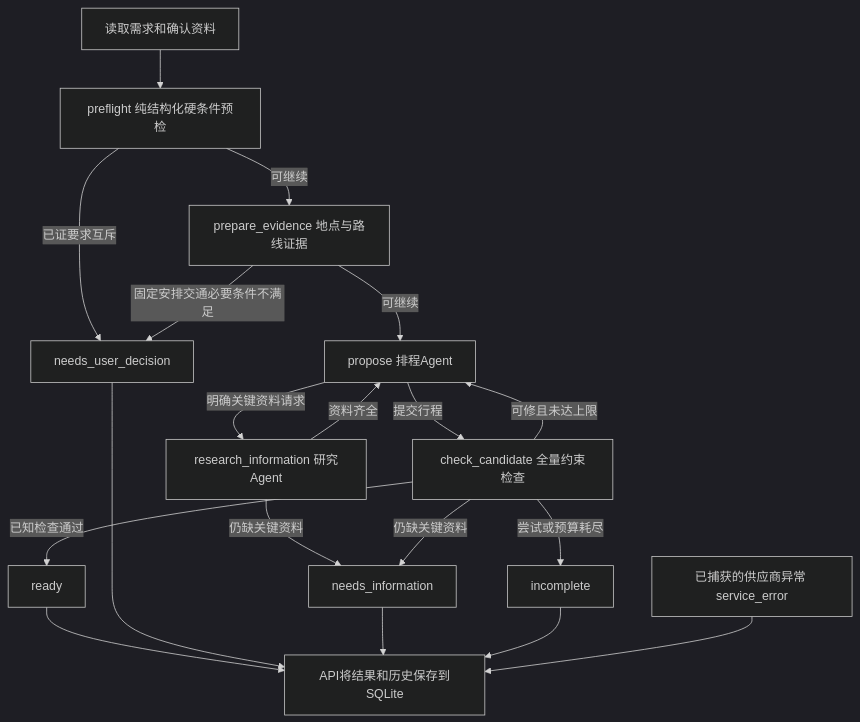
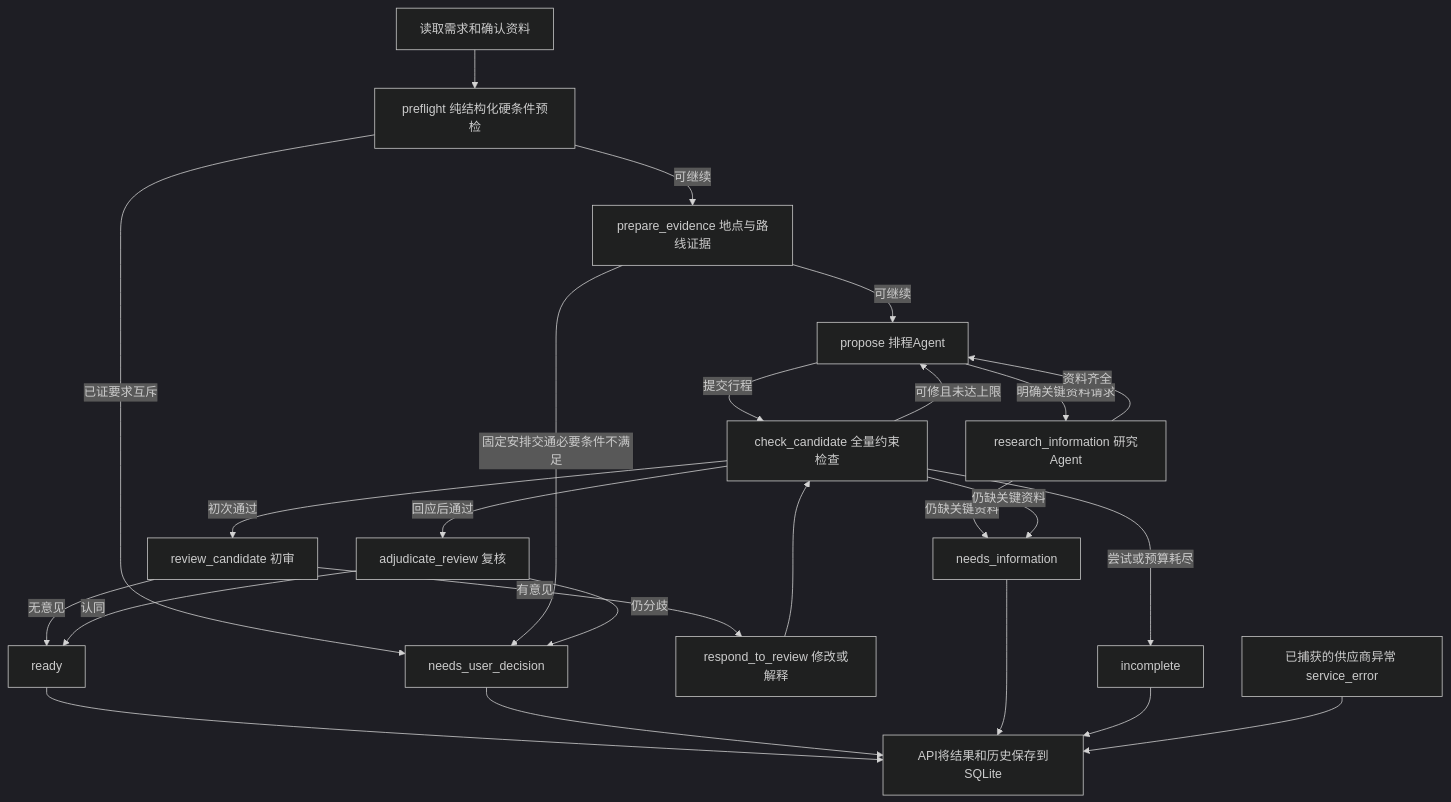
The diagram in docs/AGENT_ARCHITECTURE.md (Yakuso234/TripWeave), drawn with Mermaid (dark theme) before and after one commit. The commit also changed other lines of this file and 27 other files, not shown here.

````diff
--- a/docs/AGENT_ARCHITECTURE.md
+++ b/docs/AGENT_ARCHITECTURE.md
@@ -33,21 +34,27 @@
 ```mermaid
 flowchart TD
     A[读取需求和确认资料] --> B[preflight 纯结构化硬条件预检]
     B -->|已证要求互斥| U[needs_user_decision]
     B -->|可继续| C[prepare_evidence 地点与路线证据]
     C -->|固定安排交通必要条件不满足| U
     C -->|可继续| D[propose 排程Agent]
     D -->|明确关键资料请求| R[research_information 研究Agent]
     R -->|资料齐全| D
     R -->|仍缺关键资料| I[needs_information]
     D -->|提交行程| E[check_candidate 全量约束检查]
     E -->|可修且未达上限| D
-    E -->|已知检查通过| S[ready]
+    E -->|初次通过| V[review_candidate 初审]
+    V -->|无意见| S[ready]
+    V -->|有意见| W[respond_to_review 修改或解释]
+    W --> E
+    E -->|回应后通过| Z[adjudicate_review 复核]
+    Z -->|认同| S
+    Z -->|仍分歧| U
     E -->|仍缺关键资料| I
     E -->|尝试或预算耗尽| N[incomplete]
     S --> P[API将结果和历史保存到SQLite]
     U --> P
     I --> P
     N --> P
     F[已捕获的供应商异常 service_error] --> P
 ```
````
